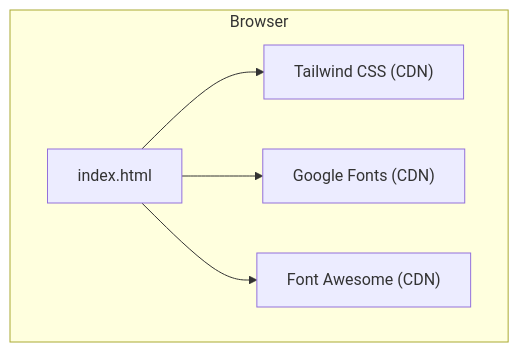
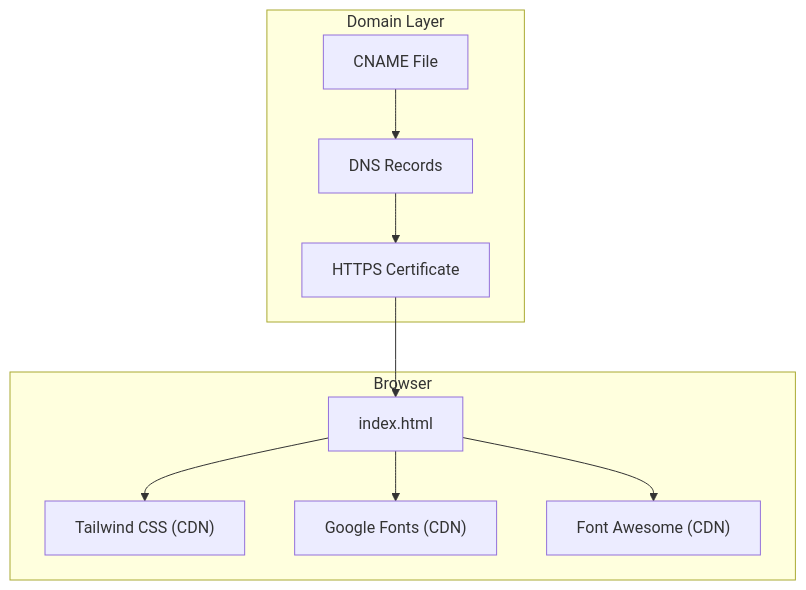
One commit to queenflowerhk/queenflowerhk.github.io changed the third of 3 diagrams in .qoder/repowiki/en/content/Deployment and Maintenance.md. Above: the diagram before and after it, drawn with Mermaid. The commit also changed other lines of this file and 62 other files, not shown here.

````diff
--- a/.qoder/repowiki/en/content/Deployment and Maintenance.md
+++ b/.qoder/repowiki/en/content/Deployment and Maintenance.md
@@ -258,12 +329,20 @@
 ```mermaid
 graph TB
 subgraph "Browser"
 HTML["index.html"]
 TS["Tailwind CSS (CDN)"]
 FT["Google Fonts (CDN)"]
 FA["Font Awesome (CDN)"]
 end
+subgraph "Domain Layer"
+CNAME["CNAME File"]
+DNS["DNS Records"]
+SSL["HTTPS Certificate"]
+end
 HTML --> TS
 HTML --> FT
 HTML --> FA
+CNAME --> DNS
+DNS --> SSL
+SSL --> HTML
 ```
````
